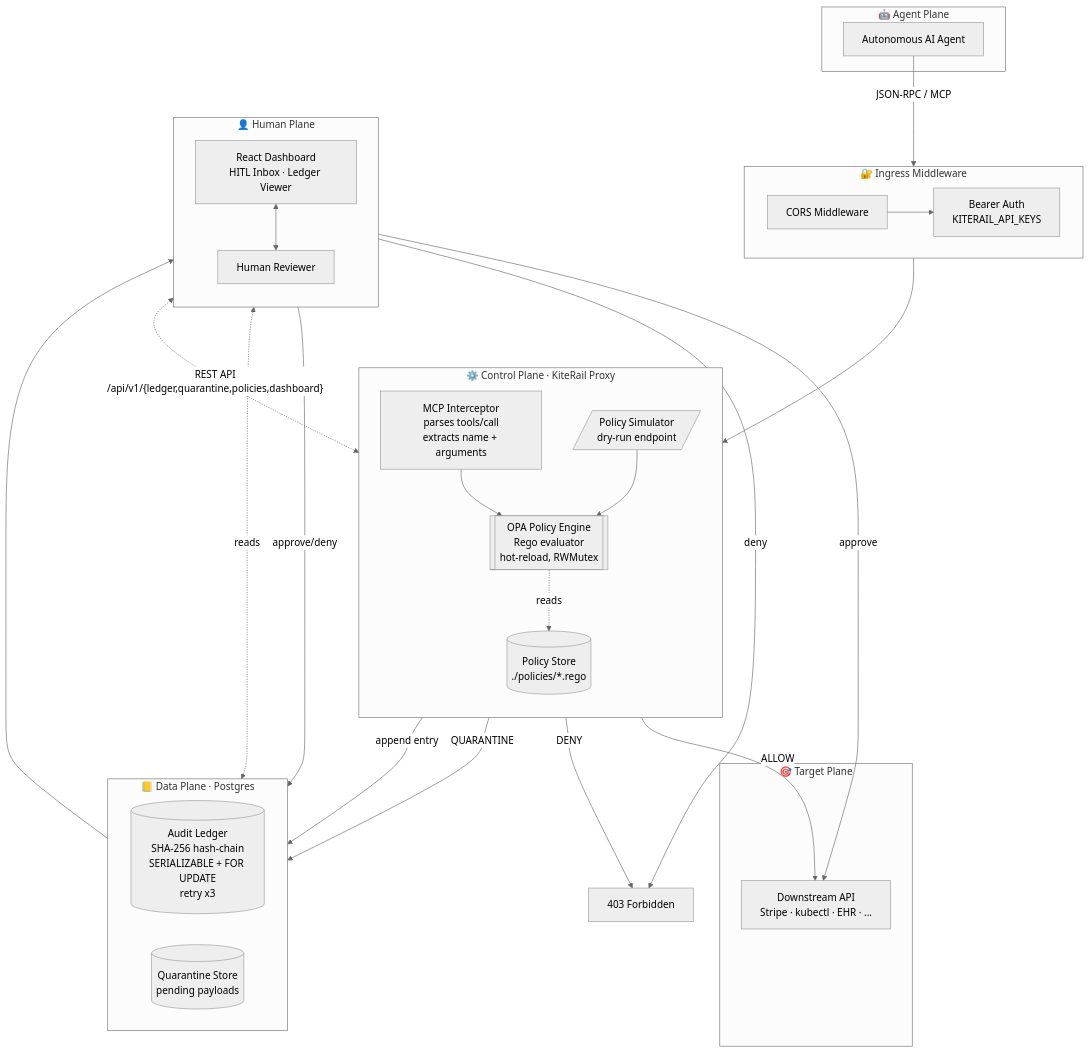
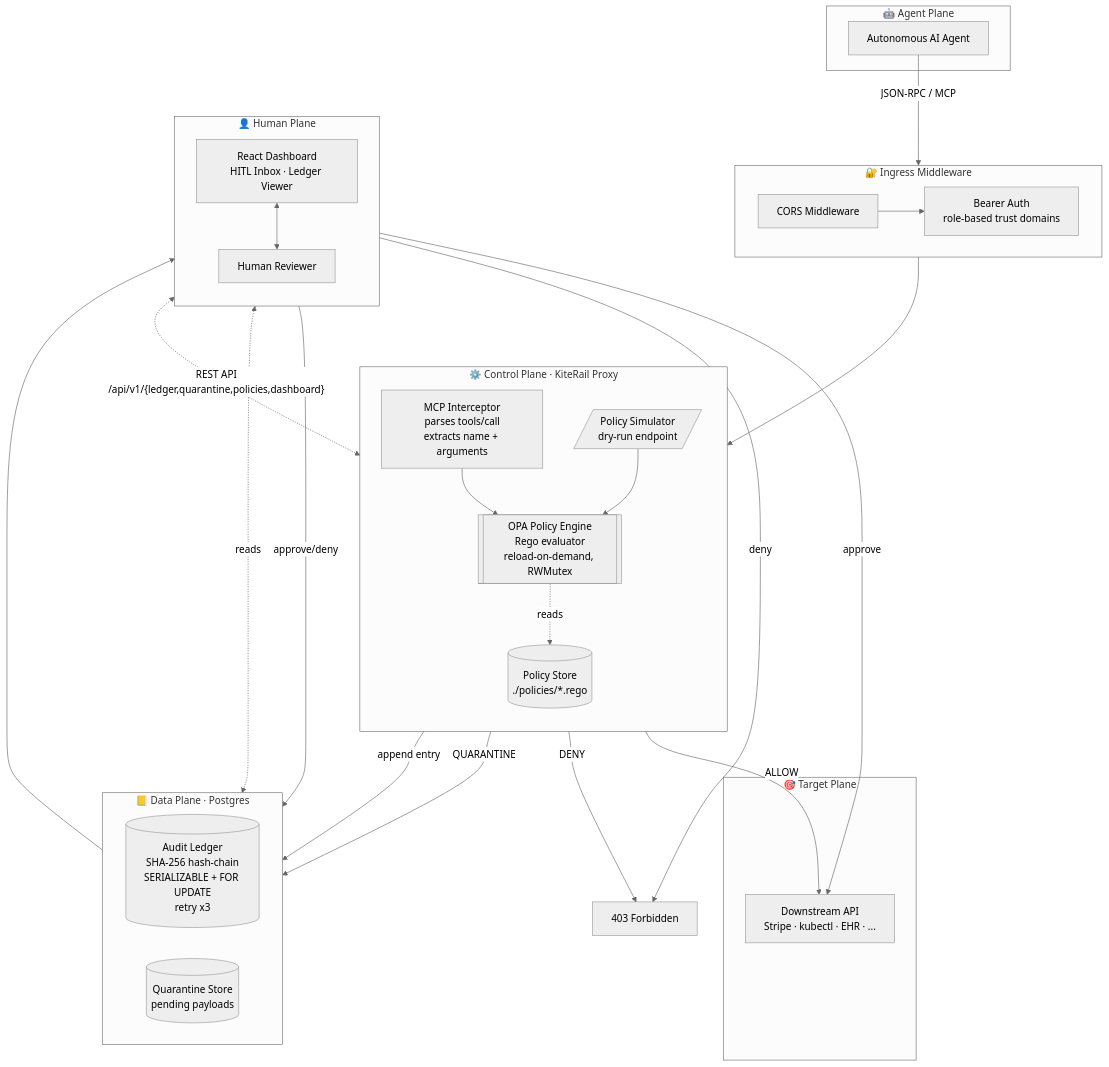
One commit to austinchima/KiteRail changed the first of 3 diagrams in docs/ARCHITECTURE.md. Above: the diagram before and after it, drawn with Mermaid (neutral theme). The commit also changed other lines of this file and 11 other files, not shown here.

Commit message:
docs: refresh architecture and API documentation with updated diagrams

````diff
--- a/docs/ARCHITECTURE.md
+++ b/docs/ARCHITECTURE.md
@@ -33,56 +33,56 @@
 ```mermaid
 flowchart TB
     subgraph Client["🤖 Agent Plane"]
         A[Autonomous AI Agent]
     end
 
     subgraph Ingress["🔐 Ingress Middleware"]
         direction LR
-        M1[CORS Middleware] --> M2[Bearer Auth<br/>KITERAIL_API_KEYS]
+        M1[CORS Middleware] --> M2[Bearer Auth<br/>role-based trust domains]
     end
 
     subgraph Control["⚙️ Control Plane · KiteRail Proxy"]
         direction TB
         P[MCP Interceptor<br/>parses tools/call<br/>extracts name + arguments]
-        E[[OPA Policy Engine<br/>Rego evaluator<br/>hot-reload, RWMutex]]
+        E[[OPA Policy Engine<br/>Rego evaluator<br/>reload-on-demand, RWMutex]]
         SIM[/Policy Simulator<br/>dry-run endpoint/]
         PS[(Policy Store<br/>./policies/*.rego)]
         P --> E
         SIM --> E
         E -.reads.-> PS
     end
 
     subgraph Data["📒 Data Plane · Postgres"]
         direction LR
         L[(Audit Ledger<br/>SHA-256 hash-chain<br/>SERIALIZABLE + FOR UPDATE<br/>retry x3)]
         Q[(Quarantine Store<br/>pending payloads)]
     end
 
     subgraph Human["👤 Human Plane"]
         direction TB
         UI[React Dashboard<br/>HITL Inbox · Ledger Viewer]
         REV[Human Reviewer]
         UI <--> REV
     end
 
     subgraph Upstream["🎯 Target Plane"]
         T[Downstream API<br/>Stripe · kubectl · EHR · ...]
     end
 
     A -- JSON-RPC / MCP --> M1
     M2 --> P
 
     E -- ALLOW --> T
     E -- DENY --> DENIED[403 Forbidden]
     E -- QUARANTINE --> Q
 
     Q --> UI
     UI -- approve --> T
     UI -- deny --> DENIED
 
     P -- append entry --> L
     UI -- approve/deny --> L
 
     UI <-. REST API<br/>/api/v1/{ledger,quarantine,policies,dashboard} .-> Control
     UI <-. reads .-> L
 ```
````
